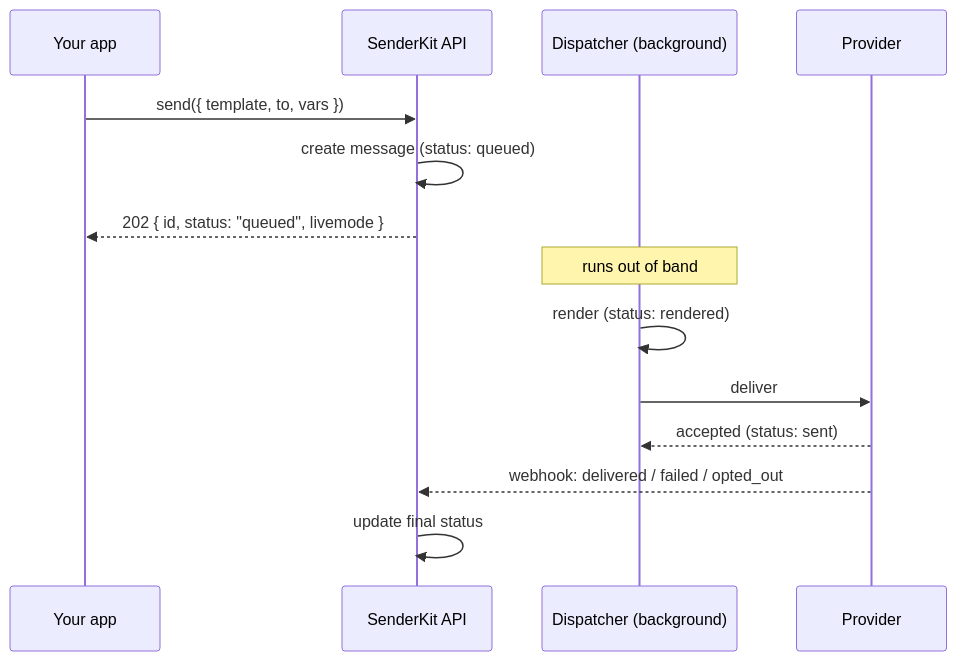
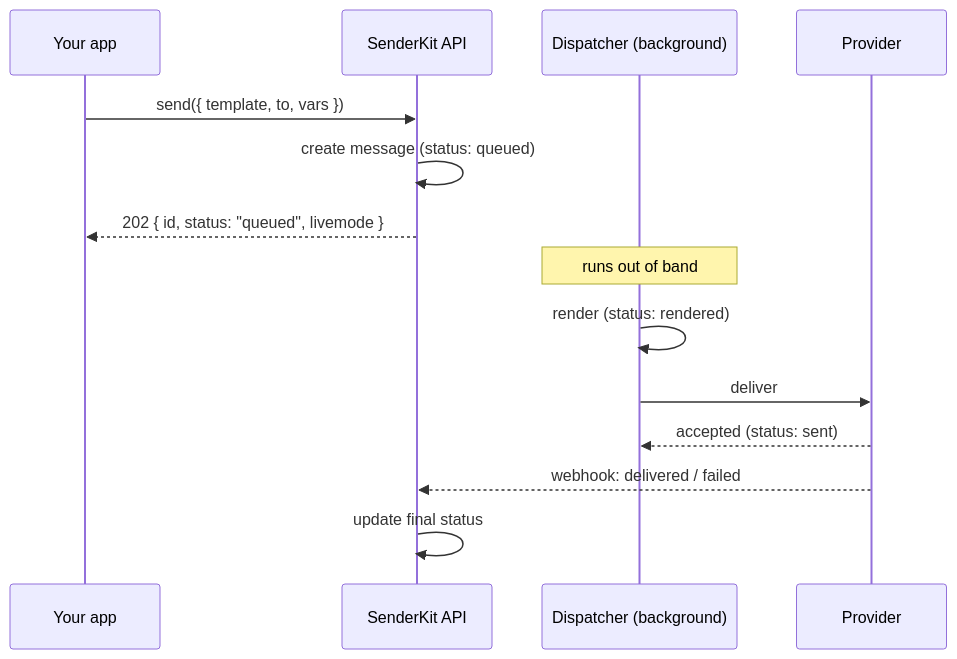
The diagram in concepts/sending.mdx (senderkit/docs), drawn with Mermaid before and after one commit. The commit also changed 3 other files, not shown here.

First line of the commit message:
docs: opted_out/suppressed message-status fix, logs retry, inbound custom domains

````diff
--- a/concepts/sending.mdx
+++ b/concepts/sending.mdx
@@ -20,17 +20,17 @@
 ```mermaid
 sequenceDiagram
     participant App as Your app
     participant API as SenderKit API
     participant Worker as Dispatcher (background)
     participant Provider
 
     App->>API: send({ template, to, vars })
     API->>API: create message (status: queued)
     API-->>App: 202 { id, status: "queued", livemode }
     Note over Worker: runs out of band
     Worker->>Worker: render (status: rendered)
     Worker->>Provider: deliver
     Provider-->>Worker: accepted (status: sent)
-    Provider-->>API: webhook: delivered / failed / opted_out
+    Provider-->>API: webhook: delivered / failed
     API->>API: update final status
 ```
````
